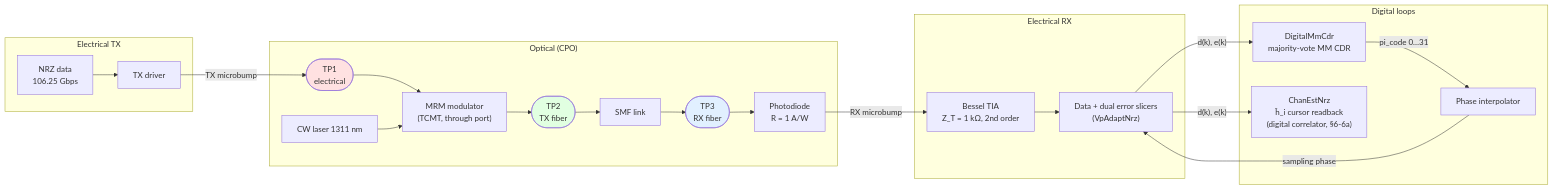
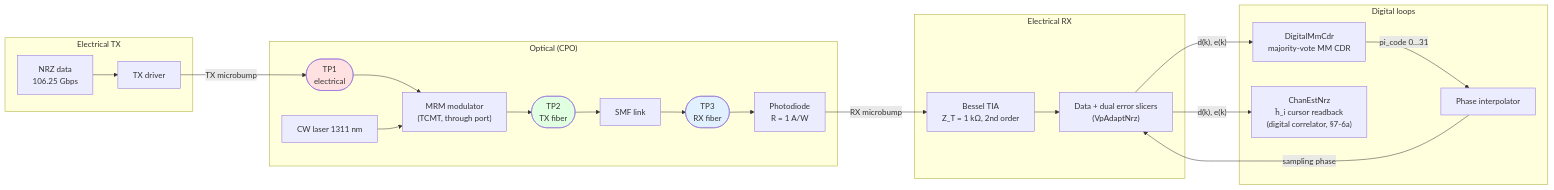
Before and after one commit to patrick-lightmatter/mydocs: the first of 5 diagrams in oci_msa/l250/gizmo.md, drawn with Mermaid. The commit also changed other lines of this file and 5 other files, not shown here.

````diff
--- a/oci_msa/l250/gizmo.md
+++ b/oci_msa/l250/gizmo.md
@@ -12,29 +11,29 @@
 ```mermaid
 flowchart LR
   subgraph TX["Electrical TX"]
     PRBS["NRZ data<br/>106.25 Gbps"] --> DRV["TX driver"]
   end
   subgraph OPT["Optical (CPO)"]
     DRV -->|TX microbump| TP1(["TP1<br/>electrical"])
     TP1 --> MRM["MRM modulator<br/>(TCMT, through port)"]
     LAS["CW laser 1311 nm"] --> MRM
     MRM --> TP2(["TP2<br/>TX fiber"])
     TP2 --> SMF["SMF link"]
     SMF --> TP3(["TP3<br/>RX fiber"])
     TP3 --> PD["Photodiode<br/>R = 1 A/W"]
   end
   subgraph RX["Electrical RX"]
     PD -->|RX microbump| TIA["Bessel TIA<br/>Z_T = 1 kΩ, 2nd order"]
     TIA --> SL["Data + dual error slicers<br/>(VpAdaptNrz)"]
   end
   subgraph DIG["Digital loops"]
     SL -->|"d(k), e(k)"| CDR["DigitalMmCdr<br/>majority-vote MM CDR"]
     CDR -->|pi_code 0…31| PI["Phase interpolator"]
     PI -->|sampling phase| SL
-    SL -->|"d(k), e(k)"| EST["ChanEstNrz<br/>ĥ_i cursor readback<br/>(digital correlator, §6-6a)"]
+    SL -->|"d(k), e(k)"| EST["ChanEstNrz<br/>ĥ_i cursor readback<br/>(digital correlator, §7-6a)"]
   end
 
   style TP1 fill:#ffe1e1
   style TP2 fill:#e1ffe1
   style TP3 fill:#e1f0ff
 ```
````
